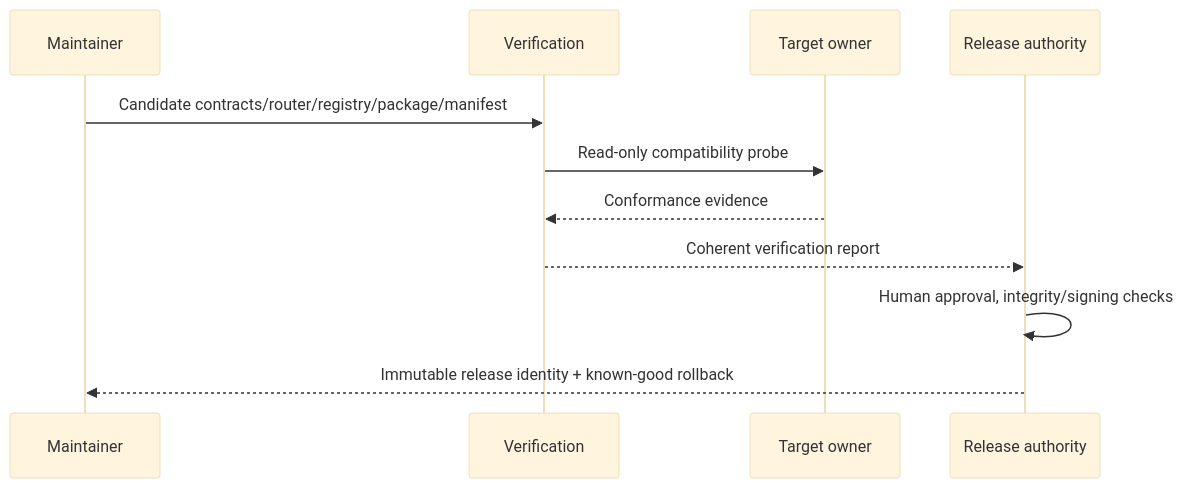
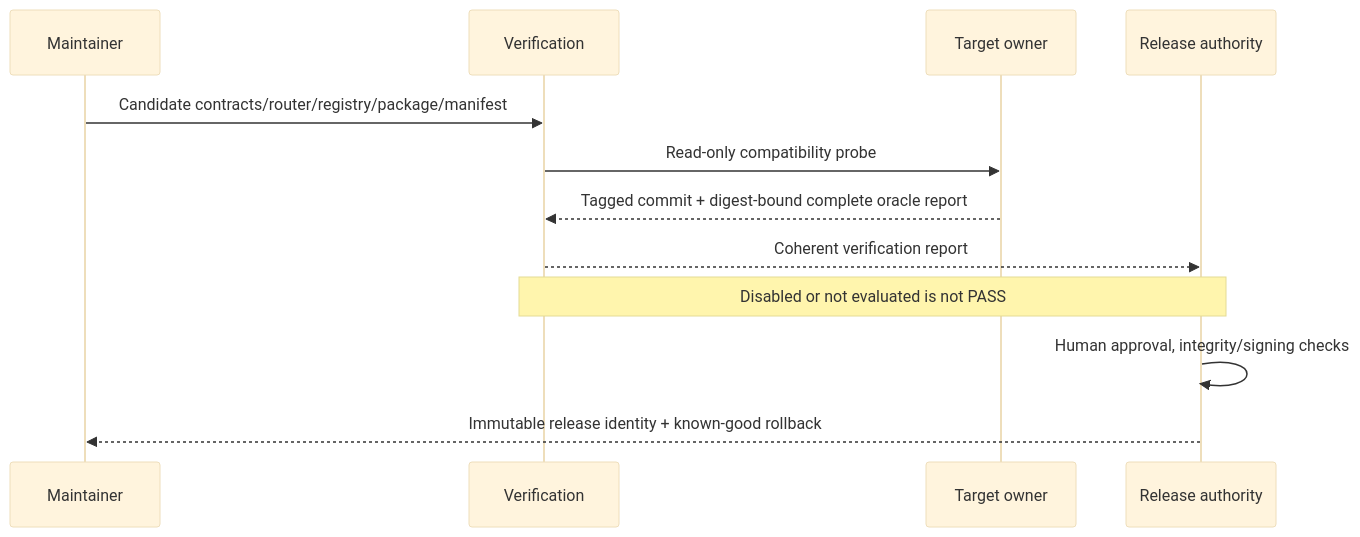
The sixth of 6 diagrams in docs/architecture/SequenceDiagrams.md (Young-Consultations/.github), drawn with Mermaid (base theme) before and after one commit. The commit also changed other lines of this file and 40 other files, not shown here.

````diff
--- a/docs/architecture/SequenceDiagrams.md
+++ b/docs/architecture/SequenceDiagrams.md
@@ -96,13 +96,14 @@
 ```mermaid
 sequenceDiagram
   participant M as Maintainer
   participant V as Verification
   participant T as Target owner
   participant R as Release authority
   M->>V: Candidate contracts/router/registry/package/manifest
   V->>T: Read-only compatibility probe
-  T-->>V: Conformance evidence
+  T-->>V: Tagged commit + digest-bound complete oracle report
   V-->>R: Coherent verification report
+  Note over V,R: Disabled or not evaluated is not PASS
   R->>R: Human approval, integrity/signing checks
   R-->>M: Immutable release identity + known-good rollback
 ```
````
